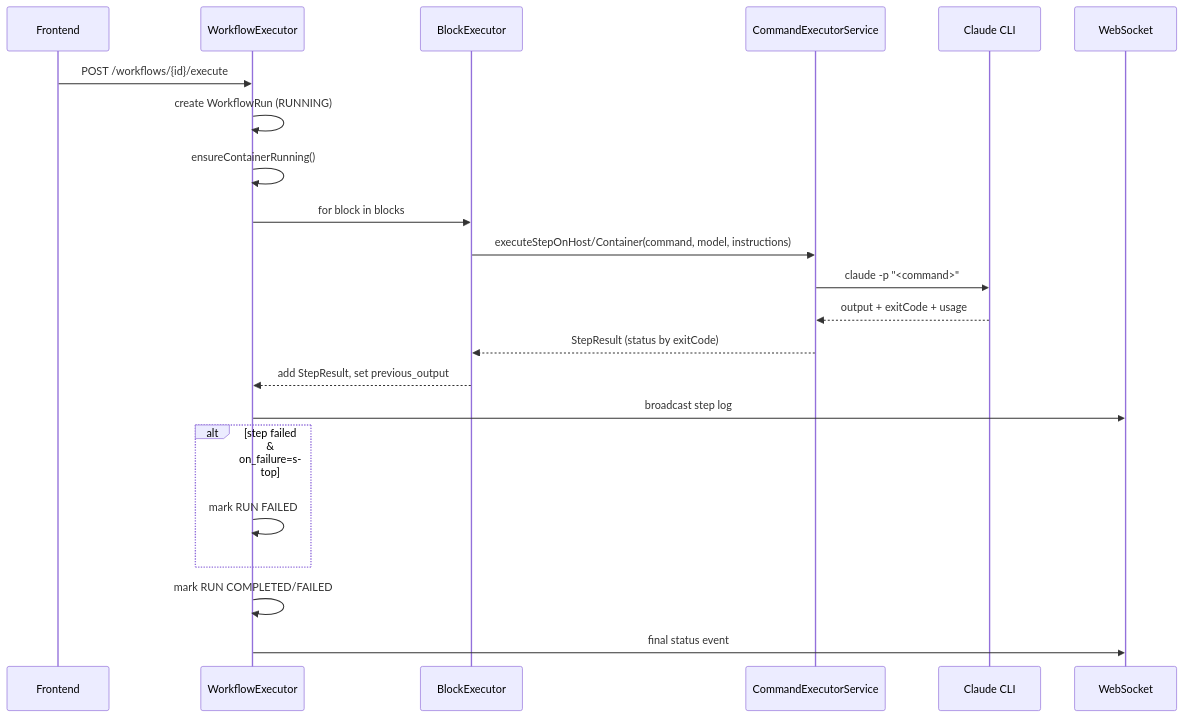
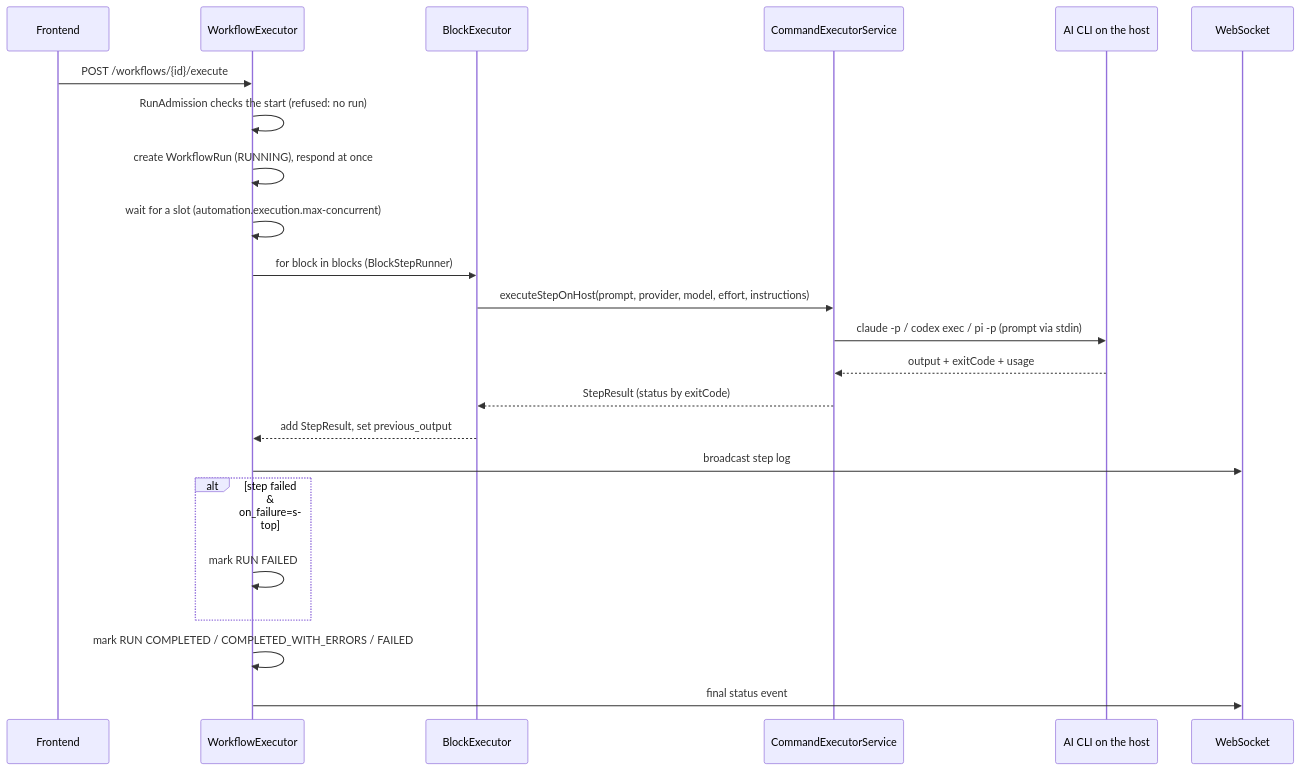
Before and after one commit to FLSEST/MySuricates: the second of 5 diagrams in docs/en/workflow-engine-diagrams.md, drawn with Mermaid. The commit also changed other lines of this file and 4 other files, not shown here.

First line of the commit message:
docs(diagramme): Engine page shows provider routing, host execution and the current block matrix

````diff
--- a/docs/en/workflow-engine-diagrams.md
+++ b/docs/en/workflow-engine-diagrams.md
@@ -51,25 +53,26 @@
 ```mermaid
 sequenceDiagram
     participant UI as Frontend
     participant WE as WorkflowExecutor
     participant BE as BlockExecutor
     participant CES as CommandExecutorService
-    participant CLI as Claude CLI
+    participant CLI as AI CLI on the host
     participant WS as WebSocket
 
     UI->>WE: POST /workflows/{id}/execute
-    WE->>WE: create WorkflowRun (RUNNING)
-    WE->>WE: ensureContainerRunning()
-    WE->>BE: for block in blocks
-    BE->>CES: executeStepOnHost/Container(command, model, instructions)
-    CES->>CLI: claude -p "<command>"
+    WE->>WE: RunAdmission checks the start (refused: no run)
+    WE->>WE: create WorkflowRun (RUNNING), respond at once
+    WE->>WE: wait for a slot (automation.execution.max-concurrent)
+    WE->>BE: for block in blocks (BlockStepRunner)
+    BE->>CES: executeStepOnHost(prompt, provider, model, effort, instructions)
+    CES->>CLI: claude -p / codex exec / pi -p (prompt via stdin)
     CLI-->>CES: output + exitCode + usage
     CES-->>BE: StepResult (status by exitCode)
     BE-->>WE: add StepResult, set previous_output
     WE->>WS: broadcast step log
     alt step failed & on_failure=stop
         WE->>WE: mark RUN FAILED
     end
-    WE->>WE: mark RUN COMPLETED/FAILED
+    WE->>WE: mark RUN COMPLETED / COMPLETED_WITH_ERRORS / FAILED
     WE->>WS: final status event
 ```
````
